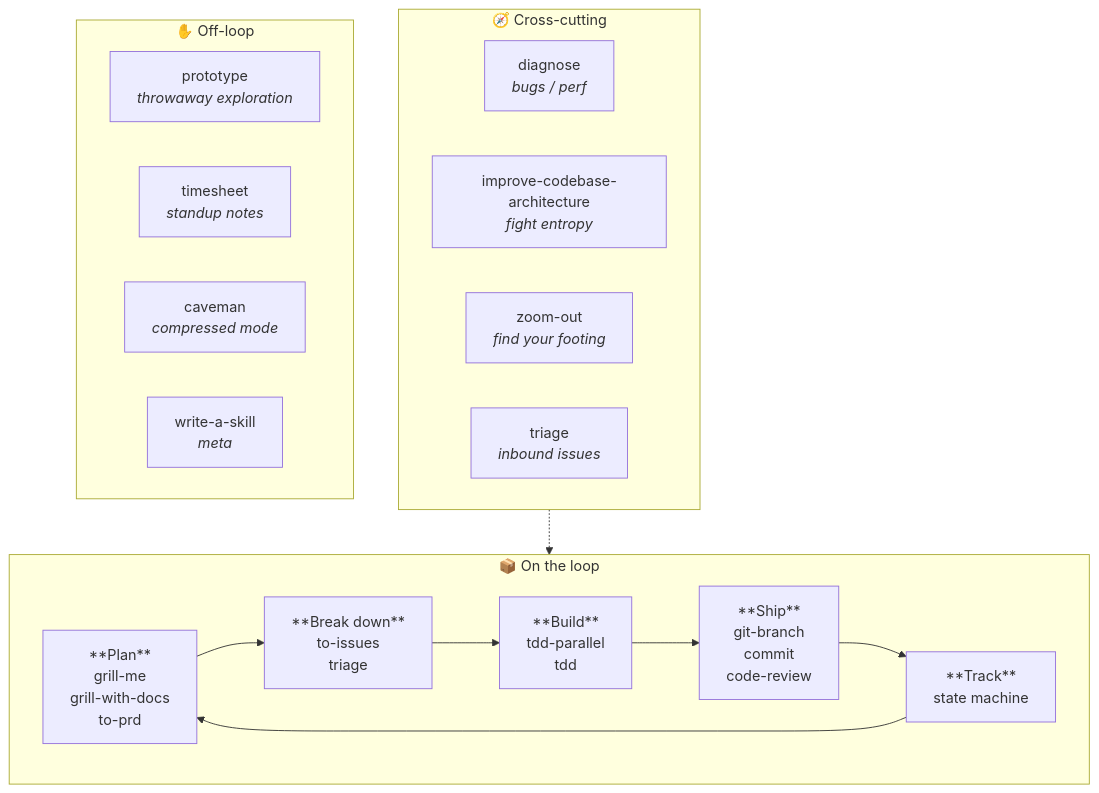
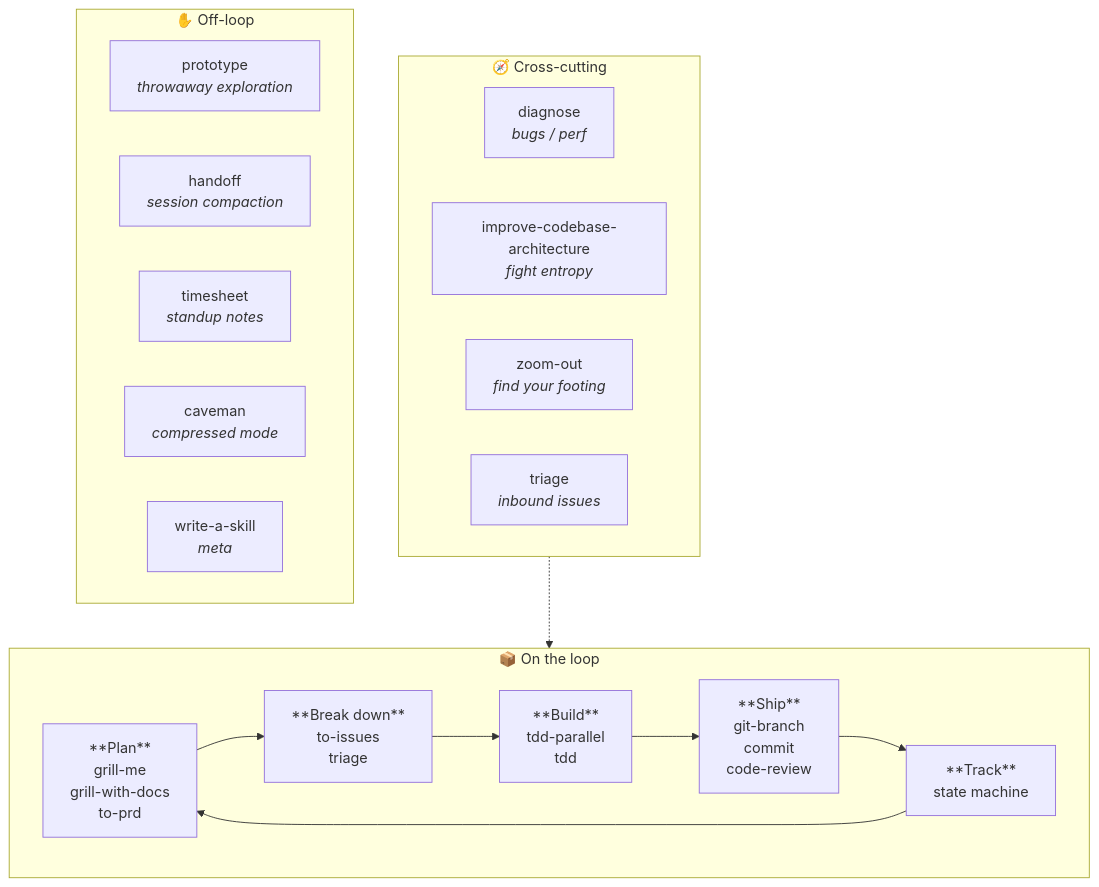
One commit to ZunoSmartLabs/zsl-superpowers changed the second of 4 diagrams in docs/workflow.md. Above: the diagram before and after it, drawn with Mermaid. The commit also changed other lines of this file and 10 other files, not shown here.

````diff
--- a/docs/workflow.md
+++ b/docs/workflow.md
@@ -37,26 +37,27 @@
 ```mermaid
 flowchart TB
     subgraph loop["📦 On the loop"]
         direction LR
         a["**Plan**<br/>grill-me<br/>grill-with-docs<br/>to-prd"] --> b["**Break down**<br/>to-issues<br/>triage"]
         b --> c["**Build**<br/>tdd-parallel<br/>tdd"]
         c --> d["**Ship**<br/>git-branch<br/>commit<br/>code-review"]
         d --> e["**Track**<br/>state machine"]
         e --> a
     end
     subgraph cross["🧭 Cross-cutting"]
         direction LR
         x1["diagnose<br/><i>bugs / perf</i>"]
         x2["improve-codebase-architecture<br/><i>fight entropy</i>"]
         x3["zoom-out<br/><i>find your footing</i>"]
         x4["triage<br/><i>inbound issues</i>"]
     end
     subgraph offloop["✋ Off-loop"]
         direction LR
         o1["prototype<br/><i>throwaway exploration</i>"]
-        o2["timesheet<br/><i>standup notes</i>"]
-        o3["caveman<br/><i>compressed mode</i>"]
-        o4["write-a-skill<br/><i>meta</i>"]
+        o2["handoff<br/><i>session compaction</i>"]
+        o3["timesheet<br/><i>standup notes</i>"]
+        o4["caveman<br/><i>compressed mode</i>"]
+        o5["write-a-skill<br/><i>meta</i>"]
     end
     cross -.-> loop
 ```
````
